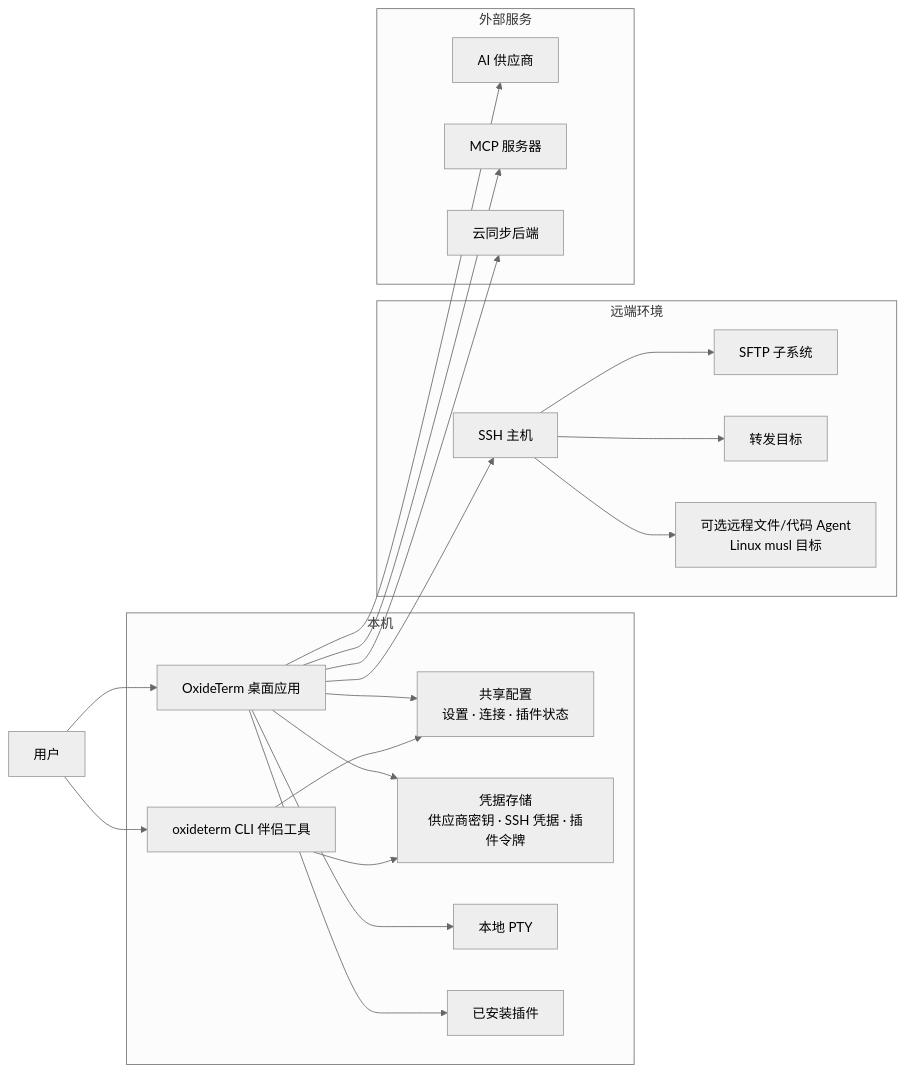
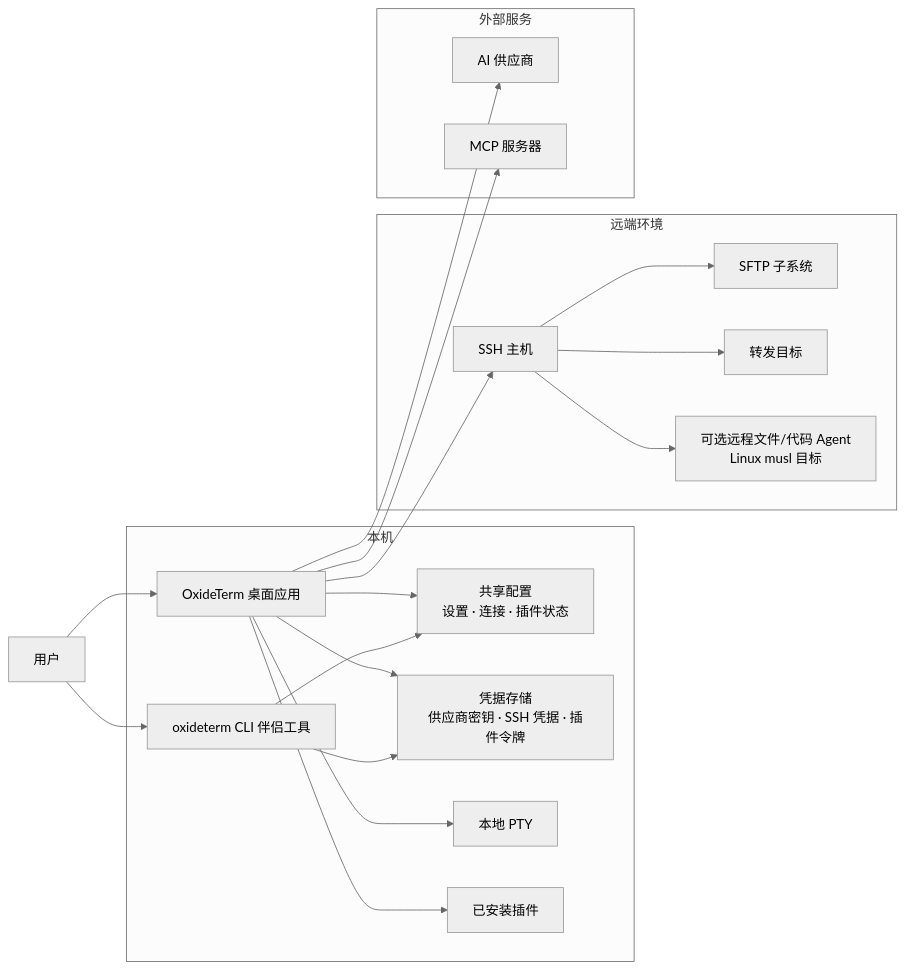
Before and after one commit to imeilige/oxideterm: the second of 14 diagrams in docs/user-guide/zh-Hans/architecture.md, drawn with Mermaid (neutral theme). The commit also changed other lines of this file and 171 other files, not shown here.

````diff
--- a/docs/user-guide/zh-Hans/architecture.md
+++ b/docs/user-guide/zh-Hans/architecture.md
@@ -157,41 +155,39 @@
 ```mermaid
 flowchart LR
     User["用户"] --> App["OxideTerm 桌面应用"]
     User --> Cli["oxideterm CLI 伴侣工具"]
 
     subgraph Local["本机"]
         App
         Cli
         Config["共享配置<br/>设置 · 连接 · 插件状态"]
         Secrets["凭据存储<br/>供应商密钥 · SSH 凭据 · 插件令牌"]
         Pty["本地 PTY"]
         Plugins["已安装插件"]
     end
 
     subgraph Remote["远端环境"]
         SshHost["SSH 主机"]
         SftpHost["SFTP 子系统"]
         RemotePorts["转发目标"]
         Agent["可选远程文件/代码 Agent<br/>Linux musl 目标"]
     end
 
     subgraph External["外部服务"]
         AiProviders["AI 供应商"]
         McpServers["MCP 服务器"]
-        SyncBackend["云同步后端"]
     end
 
     App --> Config
     Cli --> Config
     App --> Secrets
     Cli --> Secrets
     App --> Pty
     App --> Plugins
     App --> SshHost
     SshHost --> SftpHost
     SshHost --> RemotePorts
     SshHost --> Agent
     App --> AiProviders
     App --> McpServers
-    App --> SyncBackend
 ```
````
